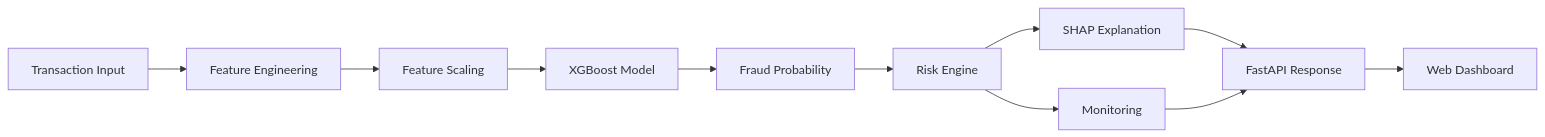
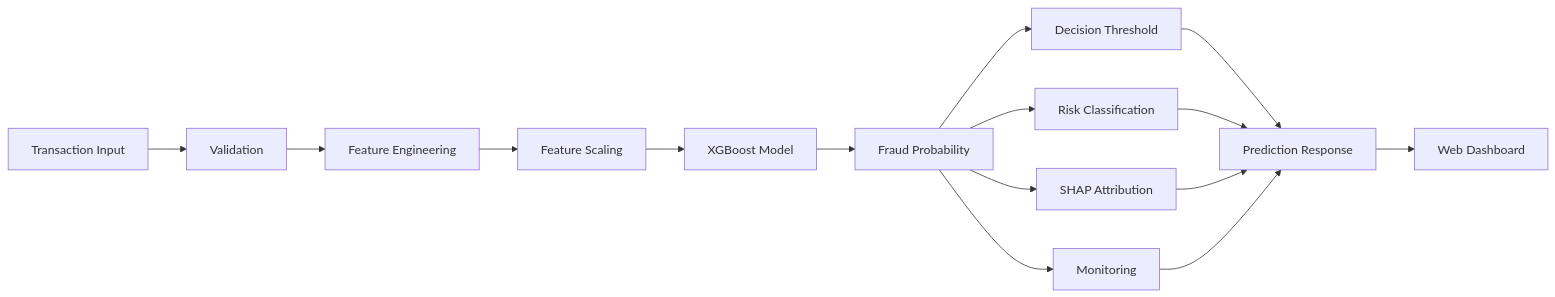
Before and after one commit to Aarya0706/FraudShield-AI: the diagram in README.md, drawn with Mermaid. The commit also changed other lines of this file, not shown here.

````diff
--- a/README.md
+++ b/README.md
@@ -40,14 +90,21 @@
 ```mermaid
 flowchart LR
 
-A[Transaction Input] --> B[Feature Engineering]
-B --> C[Feature Scaling]
-C --> D[XGBoost Model]
-D --> E[Fraud Probability]
-E --> F[Risk Engine]
-F --> G[SHAP Explanation]
-F --> H[Monitoring]
-G --> I[FastAPI Response]
-H --> I
-I --> J[Web Dashboard]
+A[Transaction Input] --> B[Validation]
+B --> C[Feature Engineering]
+C --> D[Feature Scaling]
+D --> E[XGBoost Model]
+E --> F[Fraud Probability]
+
+F --> G[Decision Threshold]
+F --> H[Risk Classification]
+F --> I[SHAP Attribution]
+F --> J[Monitoring]
+
+G --> K[Prediction Response]
+H --> K
+I --> K
+J --> K
+
+K --> L[Web Dashboard]
 ```
````
